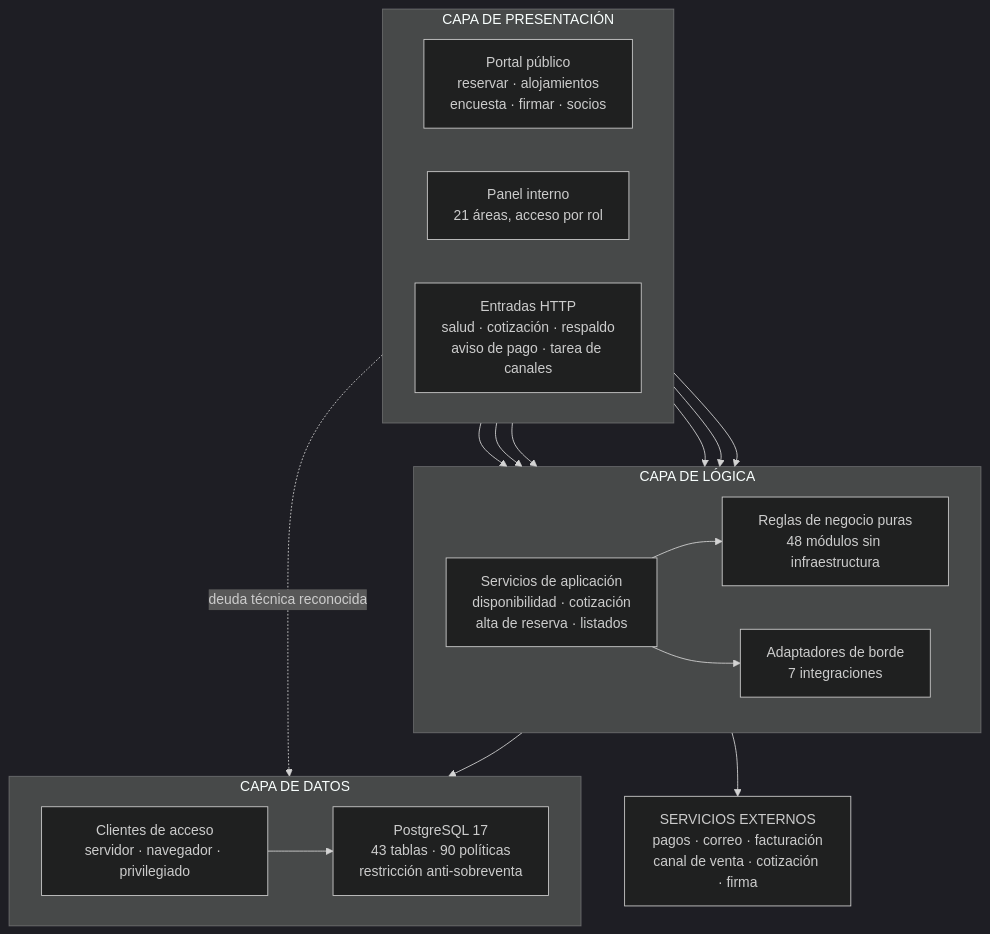
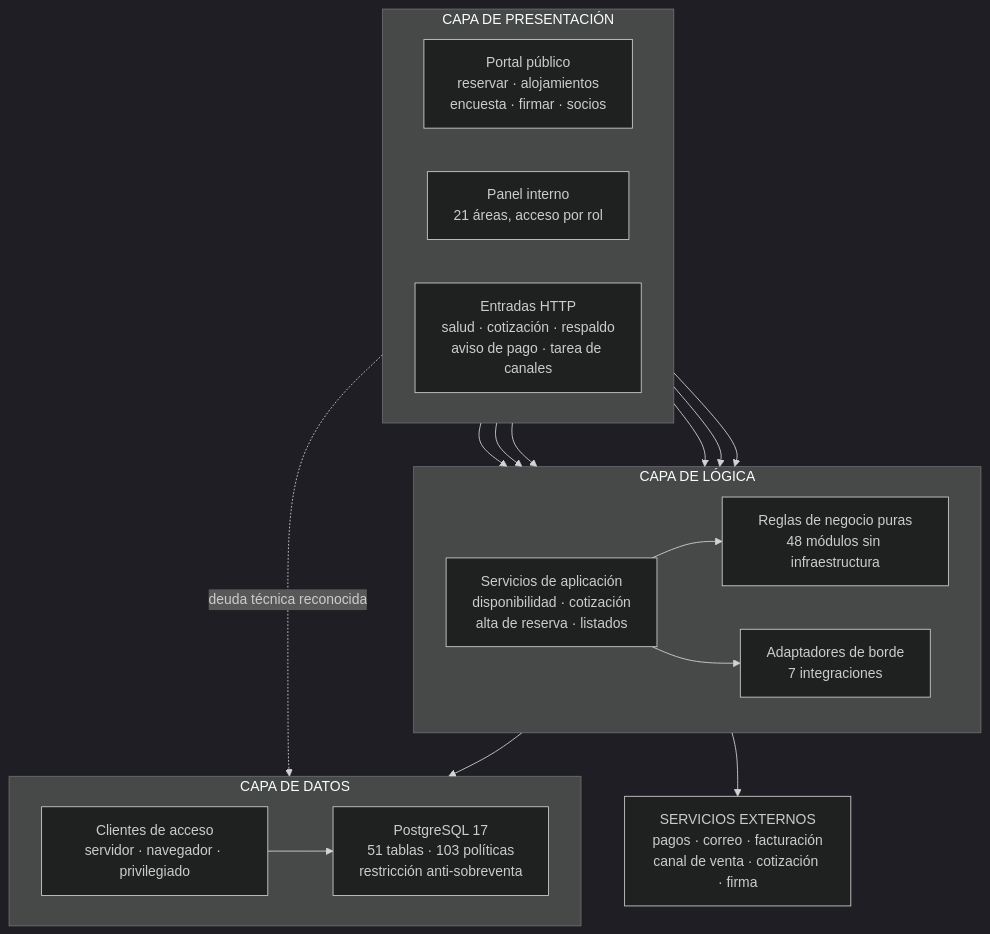
The sixth of 29 diagrams in docs/tesis-completa.md (blanca-patagonia/BlancaPatagoniaHotelApp), drawn with Mermaid (dark theme) before and after one commit. The commit also changed other lines of this file and 32 other files, not shown here.

````diff
--- a/docs/tesis-completa.md
+++ b/docs/tesis-completa.md
@@ -911,34 +911,34 @@
 ```mermaid
 flowchart TB
     subgraph PRES["CAPA DE PRESENTACIÓN"]
         direction LR
         PUB["Portal público<br/>reservar · alojamientos<br/>encuesta · firmar · socios"]
         PAN["Panel interno<br/>21 áreas, acceso por rol"]
         API["Entradas HTTP<br/>salud · cotización · respaldo<br/>aviso de pago · tarea de canales"]
     end
     subgraph LOG["CAPA DE LÓGICA"]
         direction LR
         DOM["Reglas de negocio puras<br/>48 módulos sin infraestructura"]
         SERV["Servicios de aplicación<br/>disponibilidad · cotización<br/>alta de reserva · listados"]
         ADAP["Adaptadores de borde<br/>7 integraciones"]
     end
     subgraph DAT["CAPA DE DATOS"]
         direction LR
         CLI["Clientes de acceso<br/>servidor · navegador · privilegiado"]
-        PG["PostgreSQL 17<br/>43 tablas · 90 políticas<br/>restricción anti-sobreventa"]
+        PG["PostgreSQL 17<br/>51 tablas · 103 políticas<br/>restricción anti-sobreventa"]
     end
     EXT["SERVICIOS EXTERNOS<br/>pagos · correo · facturación<br/>canal de venta · cotización · firma"]
 
     PUB --> DOM
     PAN --> DOM
     API --> DOM
     PUB --> SERV
     PAN --> SERV
     API --> SERV
     SERV --> DOM
     SERV --> ADAP
     SERV --> CLI
     PAN -.->|"deuda técnica reconocida"| CLI
     ADAP --> EXT
     CLI --> PG
 ```
````
